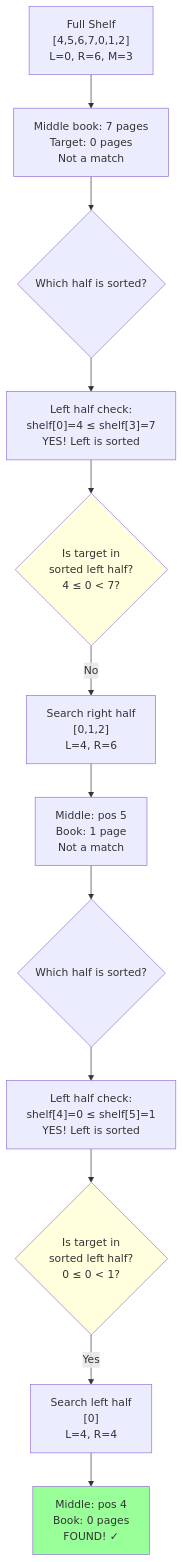
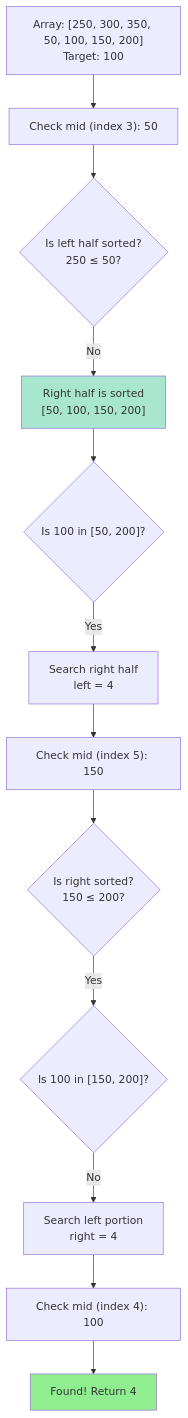
Before and after one commit to snesjhon/snesjhon: the second of 2 diagrams in ysk/study-guides/033-search-in-rotated-sorted-array/mental-model.md, drawn with Mermaid. The commit also changed other lines of this file and 5 other files, not shown here.

````diff
--- a/ysk/study-guides/033-search-in-rotated-sorted-array/mental-model.md
+++ b/ysk/study-guides/033-search-in-rotated-sorted-array/mental-model.md
@@ -73,18 +279,21 @@
 ```mermaid
 graph TD
-    A["Full Shelf<br/>[4,5,6,7,0,1,2]<br/>L=0, R=6, M=3"] --> B["Middle book: 7 pages<br/>Target: 0 pages<br/>Not a match"]
-    B --> C{"Which half is sorted?"}
-    C --> D["Left half check:<br/>shelf[0]=4 ≤ shelf[3]=7<br/>YES! Left is sorted"]
-    D --> E{"Is target in<br/>sorted left half?<br/>4 ≤ 0 < 7?"}
-    E -->|No| F["Search right half<br/>[0,1,2]<br/>L=4, R=6"]
-    F --> G["Middle: pos 5<br/>Book: 1 page<br/>Not a match"]
-    G --> H{"Which half is sorted?"}
-    H --> I["Left half check:<br/>shelf[4]=0 ≤ shelf[5]=1<br/>YES! Left is sorted"]
-    I --> J{"Is target in<br/>sorted left half?<br/>0 ≤ 0 < 1?"}
-    J -->|Yes| K["Search left half<br/>[0]<br/>L=4, R=4"]
-    K --> L["Middle: pos 4<br/>Book: 0 pages<br/>FOUND! ✓"]
+    Start["Array: [250, 300, 350, 50, 100, 150, 200]<br/>Target: 100"] --> Mid1["Check mid (index 3): 50"]
 
-    style L fill:#9f9
-    style E fill:#ffd
-    style J fill:#ffd
+    Mid1 --> Check1{"Is left half sorted?<br/>250 ≤ 50?"}
+    Check1 -->|No| Right1["Right half is sorted<br/>[50, 100, 150, 200]"]
+
+    Right1 --> Range1{"Is 100 in [50, 200]?"}
+    Range1 -->|Yes| Search1["Search right half<br/>left = 4"]
+
+    Search1 --> Mid2["Check mid (index 5): 150"]
+    Mid2 --> Check2{"Is right sorted?<br/>150 ≤ 200?"}
+    Check2 -->|Yes| Range2{"Is 100 in [150, 200]?"}
+    Range2 -->|No| Search2["Search left portion<br/>right = 4"]
+
+    Search2 --> Mid3["Check mid (index 4): 100"]
+    Mid3 --> Found["Found! Return 4"]
+
+    style Found fill:#90EE90
+    style Right1 fill:#a8e6cf
 ```
````
